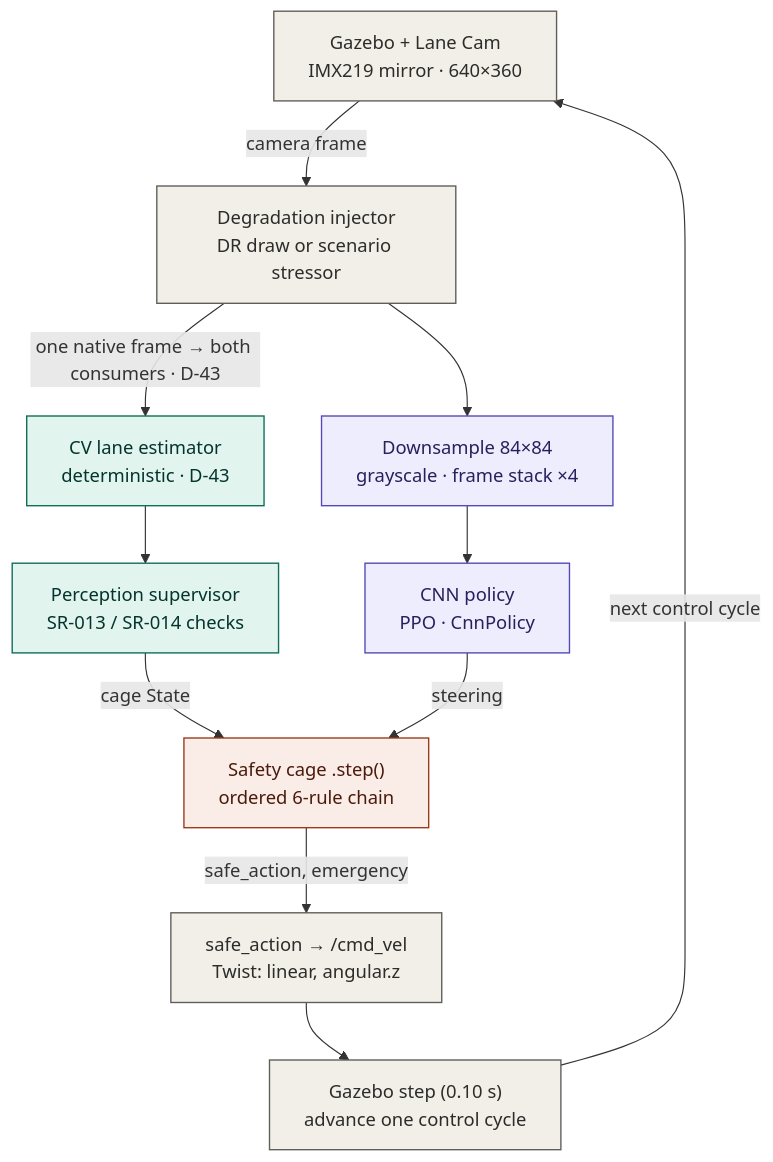
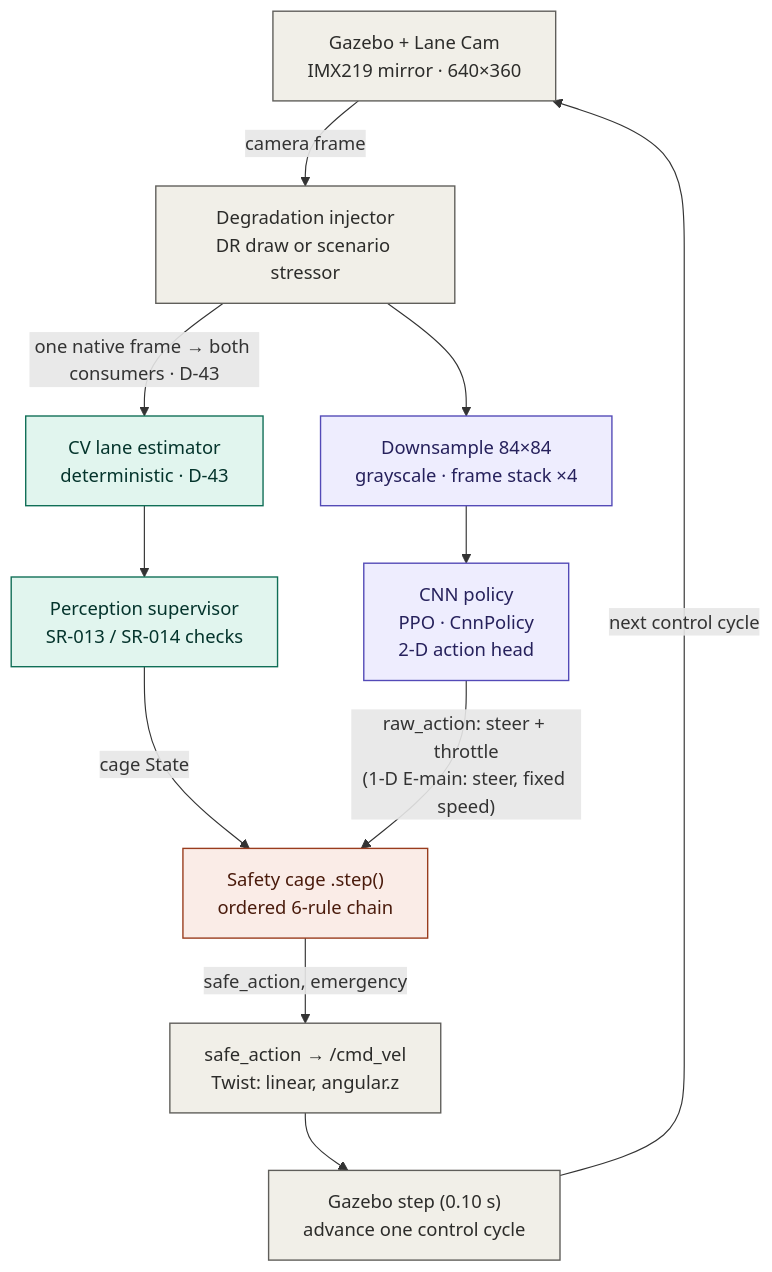
Before and after one commit to snchz46/MT-SE4AI-Safe-RL-Cobraflex: the first of 2 diagrams in docs/11_camera_rl_training.md, drawn with Mermaid. The commit also changed other lines of this file and 347 other files, not shown here.

````diff
--- a/docs/11_camera_rl_training.md
+++ b/docs/11_camera_rl_training.md
@@ -50,32 +50,32 @@
 ```mermaid
 flowchart TD
     GZ["Gazebo + Lane Cam<br/>IMX219 mirror &middot; 640&times;360"]
     DEG["Degradation injector<br/>DR draw or scenario stressor"]
     CV["CV lane estimator<br/>deterministic &middot; D-43"]
     DS["Downsample 84&times;84<br/>grayscale &middot; frame stack &times;4"]
     SUP["Perception supervisor<br/>SR-013 / SR-014 checks"]
-    CNN["CNN policy<br/>PPO &middot; CnnPolicy"]
+    CNN["CNN policy<br/>PPO &middot; CnnPolicy<br/>2-D action head"]
     CAGE["Safety cage .step()<br/>ordered 6-rule chain"]
     CMD["safe_action &rarr; /cmd_vel<br/>Twist: linear, angular.z"]
     STEP["Gazebo step (0.10 s)<br/>advance one control cycle"]
 
     GZ -- "camera frame" --> DEG
     DEG -- "one native frame &rarr; both consumers &middot; D-43" --> CV
     DEG --> DS
     CV --> SUP
     DS --> CNN
     SUP -- "cage State" --> CAGE
-    CNN -- "steering" --> CAGE
+    CNN -- "raw_action: steer + throttle<br/>(1-D E-main: steer, fixed speed)" --> CAGE
     CAGE -- "safe_action, emergency" --> CMD
     CMD --> STEP
     STEP -- "next control cycle" --> GZ
 
     classDef perception fill:#E1F5EE,stroke:#0F6E56,color:#04342C,stroke-width:1.2px;
     classDef policy     fill:#EEEDFE,stroke:#534AB7,color:#26215C,stroke-width:1.2px;
     classDef cage       fill:#FAECE7,stroke:#993C1D,color:#4A1B0C,stroke-width:1.2px;
     classDef sim        fill:#F1EFE8,stroke:#5F5E5A,color:#2C2C2A,stroke-width:1.2px;
     class CV,SUP perception;
     class DS,CNN policy;
     class CAGE cage;
     class GZ,DEG,CMD,STEP sim;
 ```
````
